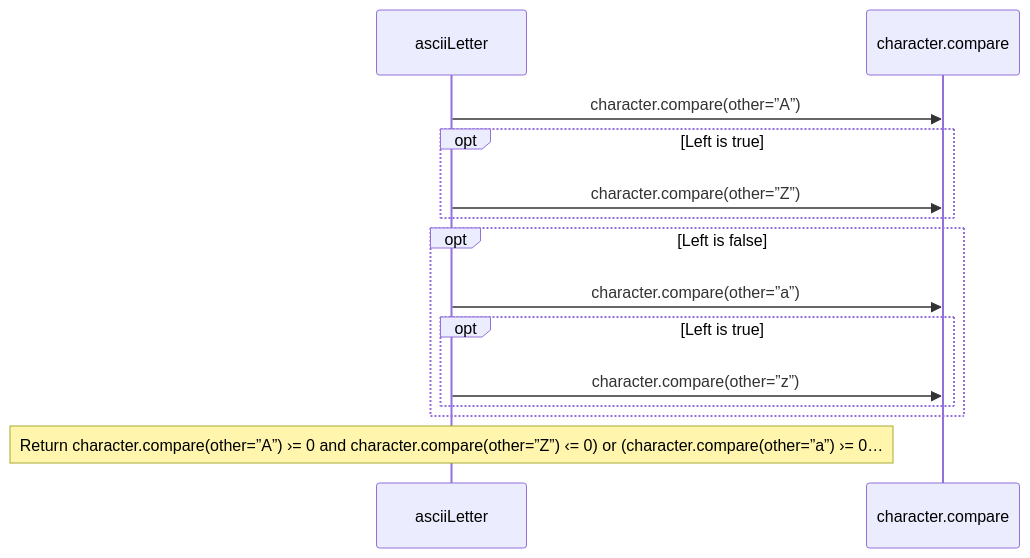
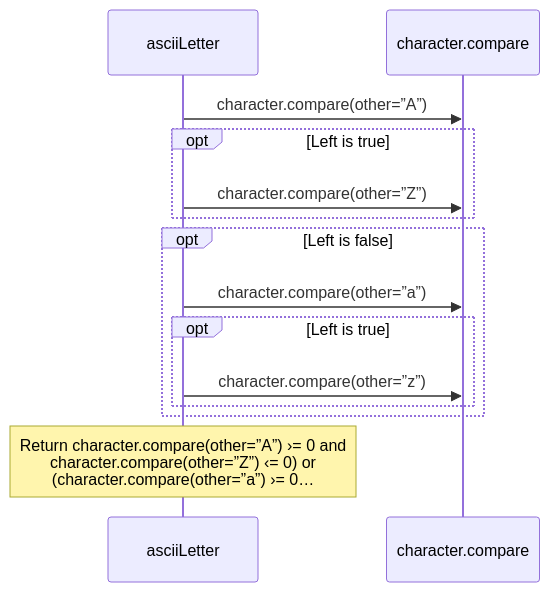
One commit to GreenPandaStudios/augscript changed the fourth of 5 diagrams in src/stdlib/values/ascii.aug.diagrams.md. Above: the diagram before and after it, drawn with Mermaid. The commit also changed other lines of this file and 200 other files, not shown here.

Commit message:
Group imported operations and wrap readable sequence messages

````diff
--- a/src/stdlib/values/ascii.aug.diagrams.md
+++ b/src/stdlib/values/ascii.aug.diagrams.md
@@ -72,16 +72,16 @@
 ```mermaid
 sequenceDiagram
     participant p0 as asciiLetter
     participant p1 as character.compare
     p0->>p1: character.compare(other=”A”)
     opt Left is true
     p0->>p1: character.compare(other=”Z”)
     end
     opt Left is false
     p0->>p1: character.compare(other=”a”)
     opt Left is true
     p0->>p1: character.compare(other=”z”)
     end
     end
-    Note over p0: Return character.compare(other=”A”) ›= 0 and character.compare(other=”Z”) ‹= 0) or (character.compare(other=”a”) ›= 0…
+    Note over p0: Return character.compare(other=”A”) ›= 0 and<br/>character.compare(other=”Z”) ‹= 0) or<br/>(character.compare(other=”a”) ›= 0…
 ```
````
